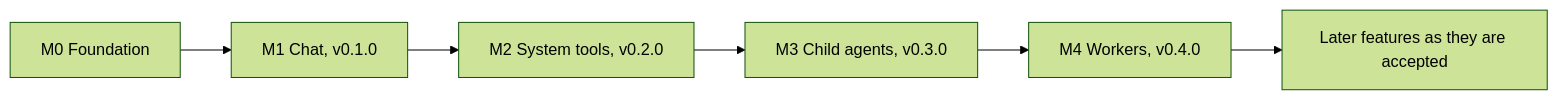
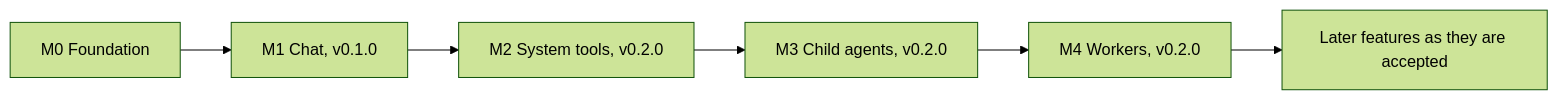
One commit to limbon2/mannie changed the diagram in docs/roadmap/milestones.md. Above: the diagram before and after it, drawn with Mermaid (forest theme). The commit also changed other lines of this file and 29 other files, not shown here.

````diff
--- a/docs/roadmap/milestones.md
+++ b/docs/roadmap/milestones.md
@@ -27,8 +27,8 @@
 ```mermaid
 flowchart LR
   M0[M0 Foundation] --> M1[M1 Chat, v0.1.0]
   M1 --> M2[M2 System tools, v0.2.0]
-  M2 --> M3[M3 Child agents, v0.3.0]
-  M3 --> M4[M4 Workers, v0.4.0]
+  M2 --> M3[M3 Child agents, v0.2.0]
+  M3 --> M4[M4 Workers, v0.2.0]
   M4 --> Later[Later features as they are accepted]
 ```
````
